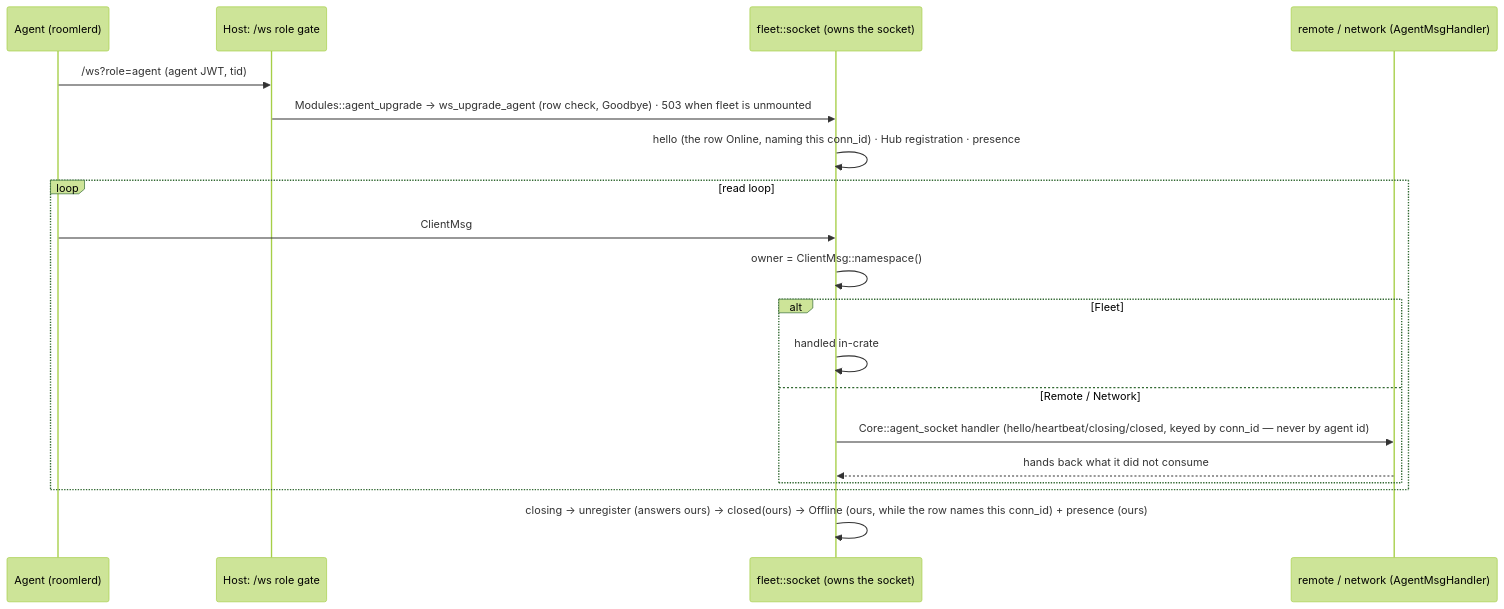
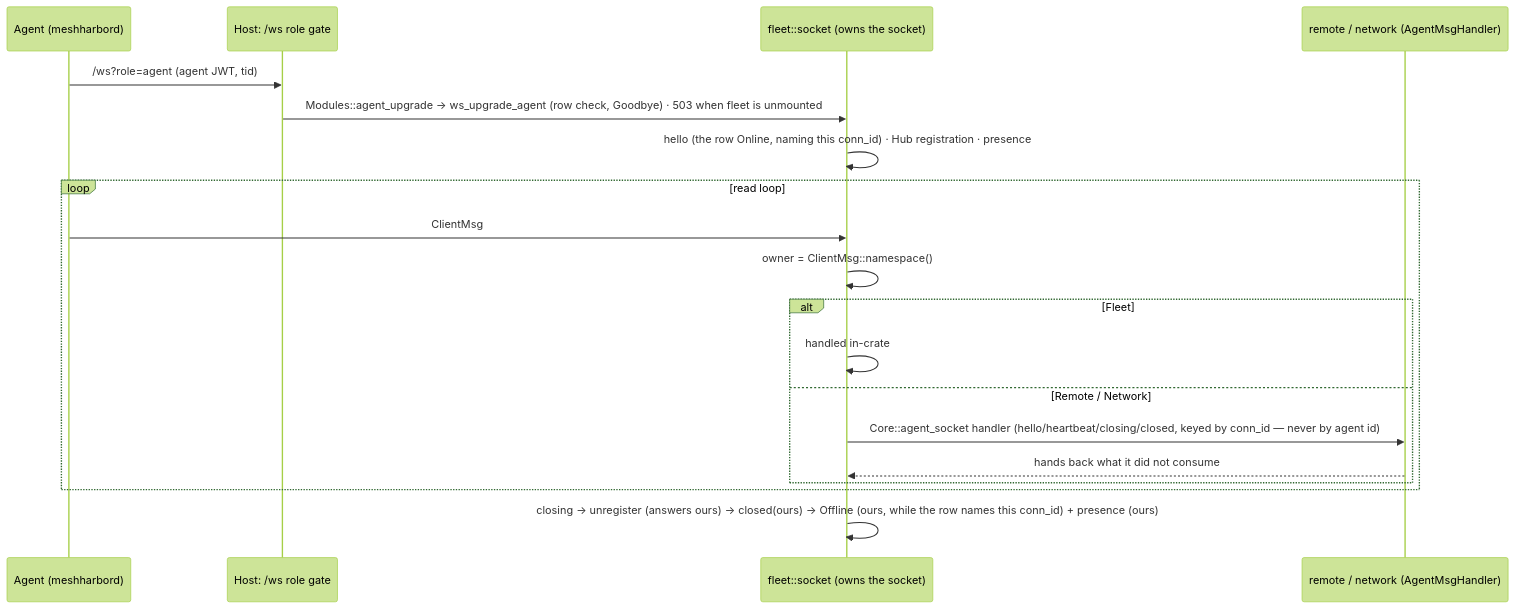
The sixth of 8 diagrams in docs/modular-monolith.md (jk-zhang-meta/MeshHarbor), drawn with Mermaid (forest theme) before and after one commit. The commit also changed other lines of this file and 682 other files, not shown here.

````diff
--- a/docs/modular-monolith.md
+++ b/docs/modular-monolith.md
@@ -281,21 +281,21 @@
 ```mermaid
 sequenceDiagram
-    participant A as Agent (roomlerd)
+    participant A as Agent (meshharbord)
     participant H as Host: /ws role gate
     participant F as fleet::socket (owns the socket)
     participant M as remote / network (AgentMsgHandler)
     A->>H: /ws?role=agent (agent JWT, tid)
     H->>F: Modules::agent_upgrade → ws_upgrade_agent (row check, Goodbye) · 503 when fleet is unmounted
     F->>F: hello (the row Online, naming this conn_id) · Hub registration · presence
     loop read loop
         A->>F: ClientMsg
         F->>F: owner = ClientMsg::namespace()
         alt Fleet
             F->>F: handled in-crate
         else Remote / Network
             F->>M: Core::agent_socket handler (hello/heartbeat/closing/closed, keyed by conn_id — never by agent id)
             M-->>F: hands back what it did not consume
         end
     end
     F->>F: closing → unregister (answers ours) → closed(ours) → Offline (ours, while the row names this conn_id) + presence (ours)
 ```
````
